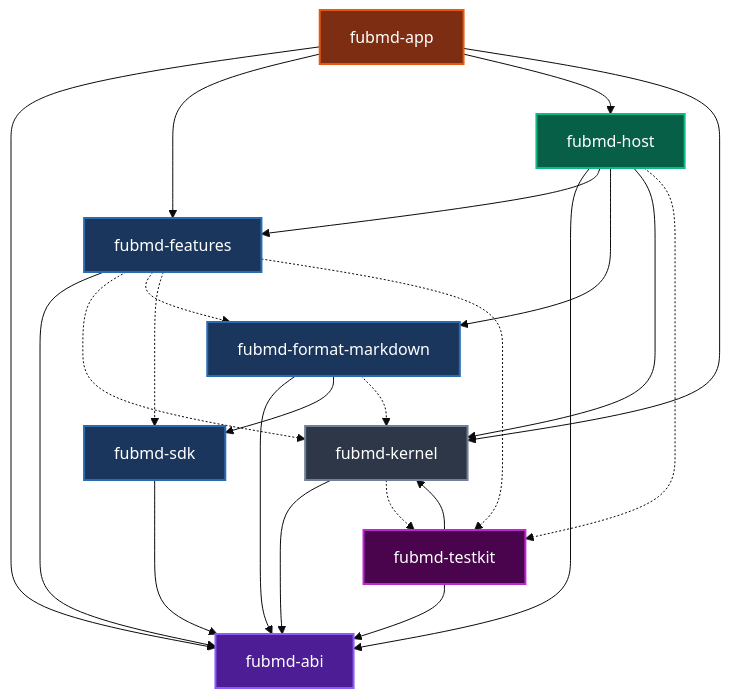
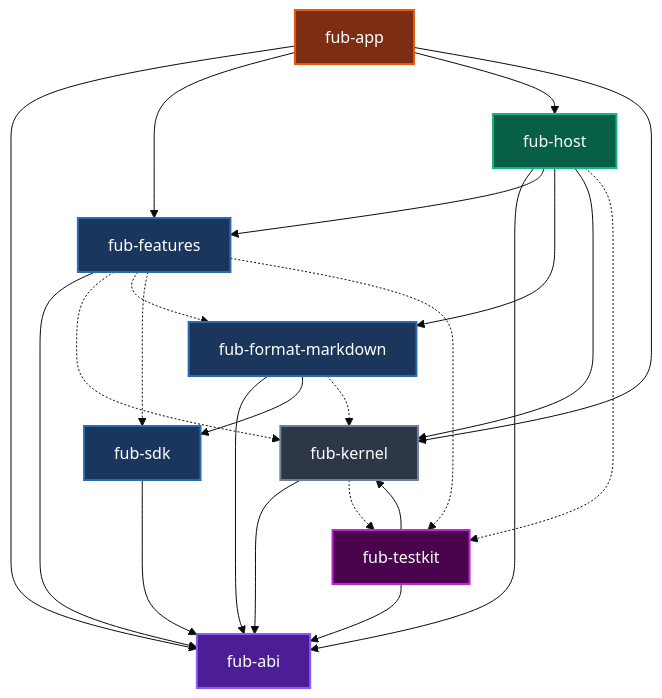
Before and after one commit to Fubeo/Fub: the second of 3 diagrams in docs/architecture/mappa-visuale.md, drawn with Mermaid (base theme). The commit also changed other lines of this file and 517 other files, not shown here.

````diff
--- a/docs/architecture/mappa-visuale.md
+++ b/docs/architecture/mappa-visuale.md
@@ -167,48 +167,48 @@
 ```mermaid
 flowchart TD
     %% @grafo-dipendenze
     %% Questo blocco è letto e confrontato con `cargo metadata` da
-    %% crates/fubmd-abi/tests/dependency_invariant.rs. Il dialetto ammesso è
+    %% crates/fub-abi/tests/dependency_invariant.rs. Il dialetto ammesso è
     %% ristretto apposta: dichiarazioni `id["nome-crate"]:::classe`, archi
     %% `a --> b` (dipendenza normale) e `a -.-> b` (solo dev). Una riga fuori
     %% dialetto fa fallire il test invece di essere ignorata in silenzio.
     classDef contract fill:#4c1d95,stroke:#8b5cf6,stroke-width:2px,color:#fff
     classDef core     fill:#2d3748,stroke:#718096,stroke-width:2px,color:#fff
     classDef provider fill:#1a365d,stroke:#2b6cb0,stroke-width:2px,color:#fff
     classDef mount    fill:#065f46,stroke:#10b981,stroke-width:2px,color:#fff
     classDef glue     fill:#7c2d12,stroke:#ea580c,stroke-width:2px,color:#fff
     classDef banco    fill:#4a044e,stroke:#c026d3,stroke-width:2px,color:#fff
 
-    app["fubmd-app"]:::glue
-    host["fubmd-host"]:::mount
-    features["fubmd-features"]:::provider
-    markdown["fubmd-format-markdown"]:::provider
-    sdk["fubmd-sdk"]:::provider
-    testkit["fubmd-testkit"]:::banco
-    kernel["fubmd-kernel"]:::core
-    abi["fubmd-abi"]:::contract
+    app["fub-app"]:::glue
+    host["fub-host"]:::mount
+    features["fub-features"]:::provider
+    markdown["fub-format-markdown"]:::provider
+    sdk["fub-sdk"]:::provider
+    testkit["fub-testkit"]:::banco
+    kernel["fub-kernel"]:::core
+    abi["fub-abi"]:::contract
 
     app --> abi
     app --> features
     app --> host
     app --> kernel
     host --> abi
     host --> features
     host --> markdown
     host --> kernel
     features --> abi
     markdown --> abi
     markdown --> sdk
     kernel --> abi
     sdk --> abi
     testkit --> abi
     testkit --> kernel
 
     features -.-> kernel
     features -.-> markdown
     features -.-> sdk
     features -.-> testkit
     markdown -.-> kernel
     kernel -.-> testkit
     host -.-> testkit
 ```
````
